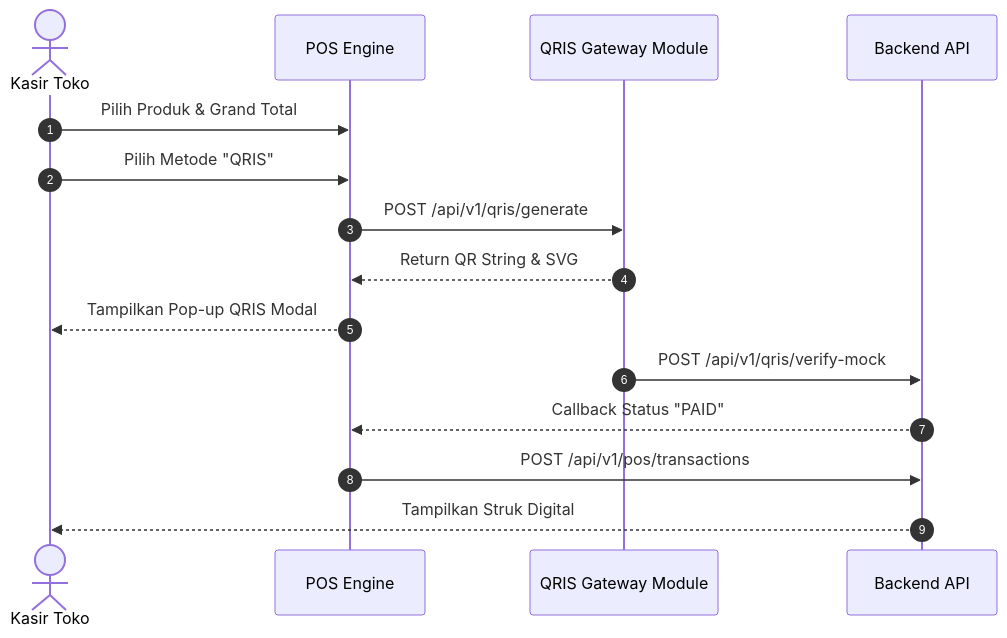
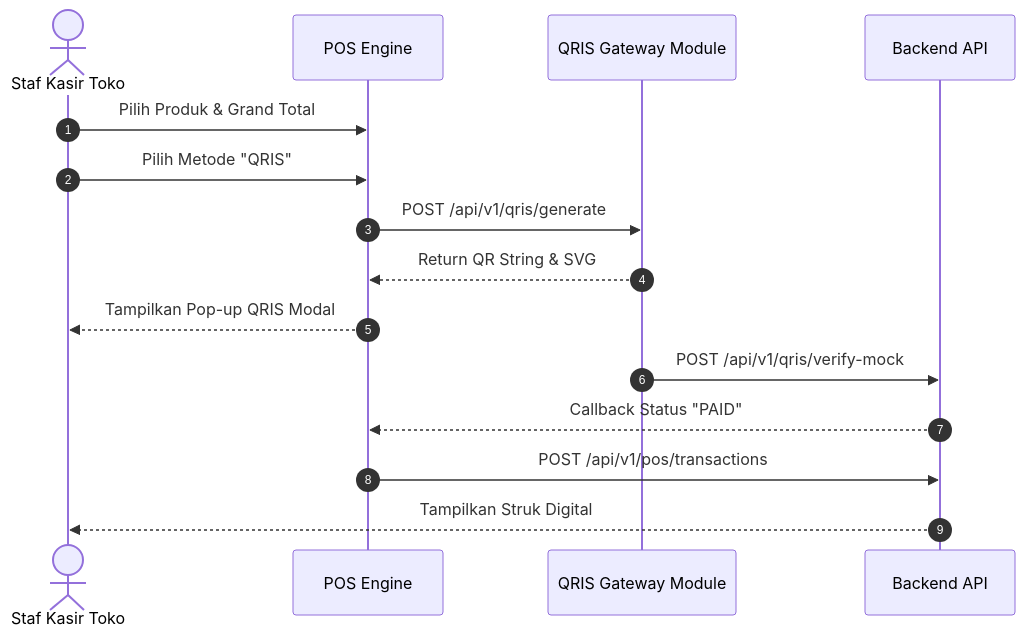
The third of 6 diagrams in docs/USER_FLOWS.md (Raskzor/umkm), drawn with Mermaid before and after one commit. The commit also changed other lines of this file and 5 other files, not shown here.

Commit message:
docs: add comprehensive architecture, API, RBAC matrix, and user flow documentation

````diff
--- a/docs/USER_FLOWS.md
+++ b/docs/USER_FLOWS.md
@@ -30,18 +56,18 @@
 ```mermaid
 sequenceDiagram
     autonumber
-    actor Cashier as Kasir Toko
+    actor Cashier as Staf Kasir Toko
     participant POS as POS Engine
     participant QRIS as QRIS Gateway Module
     participant API as Backend API
 
     Cashier->>POS: Pilih Produk & Grand Total
     Cashier->>POS: Pilih Metode "QRIS"
     POS->>QRIS: POST /api/v1/qris/generate
     QRIS-->>POS: Return QR String & SVG
     POS-->>Cashier: Tampilkan Pop-up QRIS Modal
     QRIS->>API: POST /api/v1/qris/verify-mock
     API-->>POS: Callback Status "PAID"
     POS->>API: POST /api/v1/pos/transactions
     API-->>Cashier: Tampilkan Struk Digital
 ```
````
